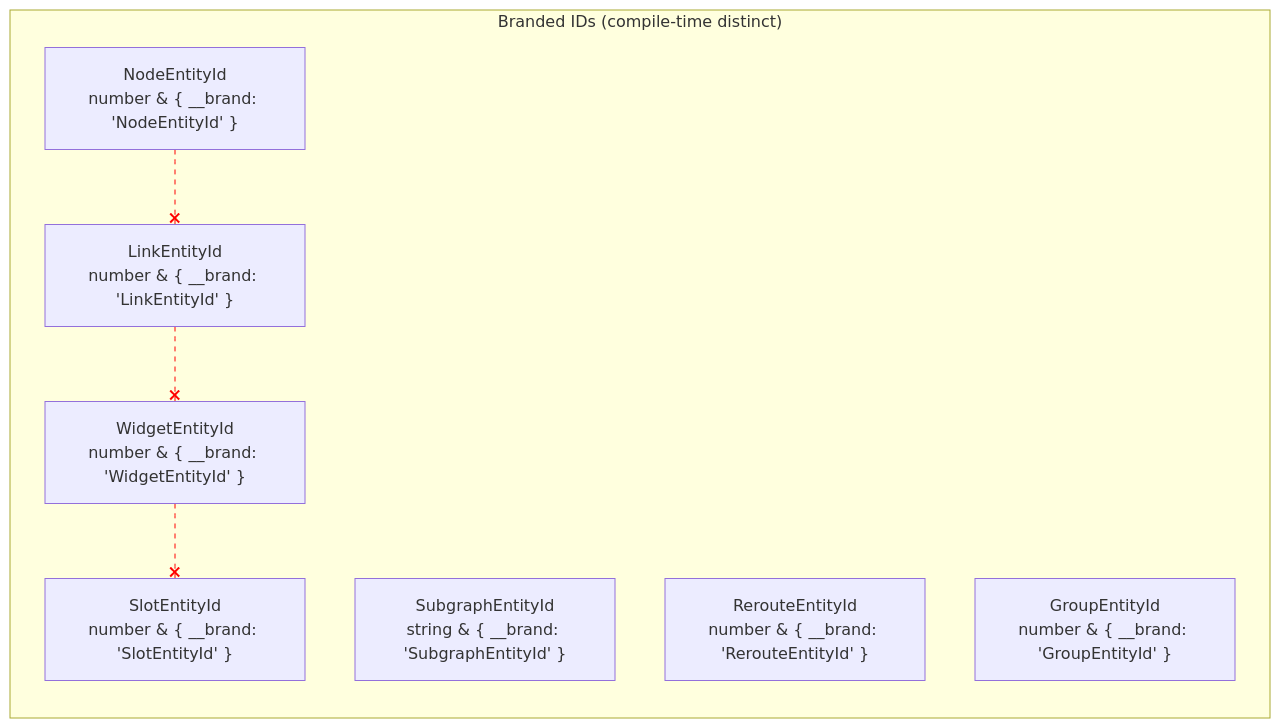
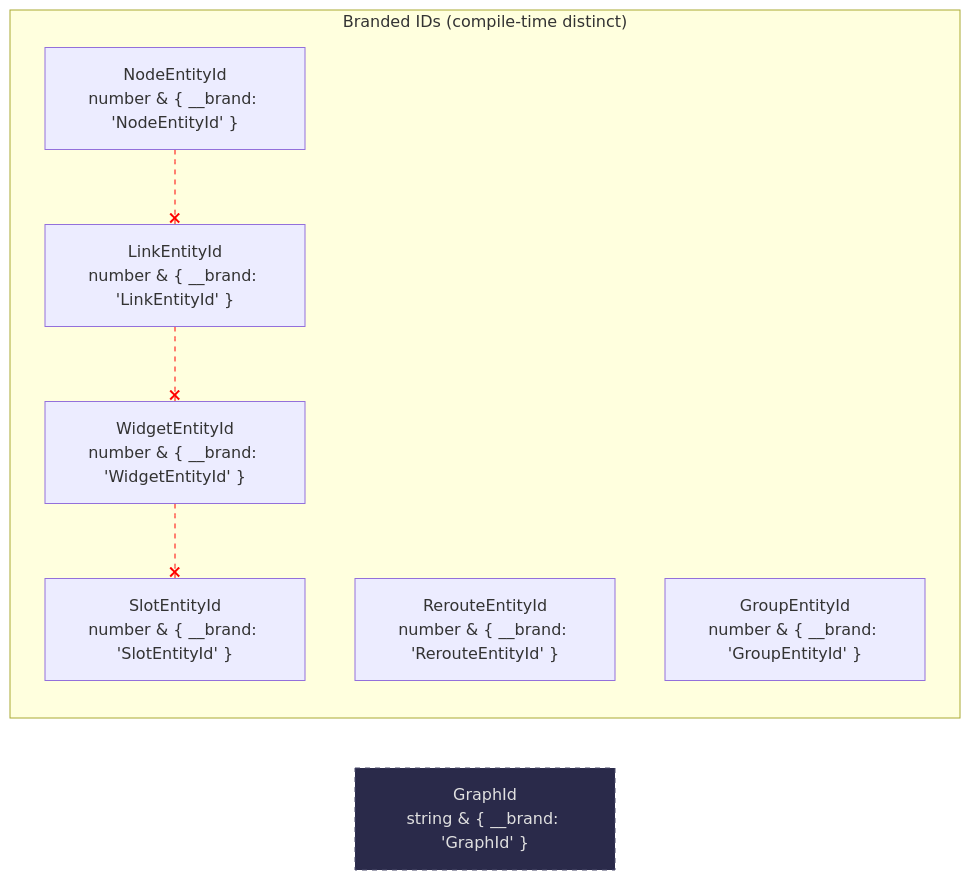
One commit to Comfy-Org/ComfyUI_frontend changed the second of 12 diagrams in docs/architecture/ecs-target-architecture.md. Above: the diagram before and after it, drawn with Mermaid. The commit also changed other lines of this file and 6 other files, not shown here.

First line of the commit message:
docs: add subgraph boundaries doc, unify graph model across ECS architecture

````diff
--- a/docs/architecture/ecs-target-architecture.md
+++ b/docs/architecture/ecs-target-architecture.md
@@ -52,27 +52,30 @@
 ```mermaid
 graph LR
     subgraph "Branded IDs (compile-time distinct)"
         NID["NodeEntityId
 number & { __brand: 'NodeEntityId' }"]
         LID["LinkEntityId
 number & { __brand: 'LinkEntityId' }"]
-        SID["SubgraphEntityId
-string & { __brand: 'SubgraphEntityId' }"]
         WID["WidgetEntityId
 number & { __brand: 'WidgetEntityId' }"]
         SLID["SlotEntityId
 number & { __brand: 'SlotEntityId' }"]
         RID["RerouteEntityId
 number & { __brand: 'RerouteEntityId' }"]
         GID["GroupEntityId
 number & { __brand: 'GroupEntityId' }"]
     end
 
+    GRID["GraphId
+string & { __brand: 'GraphId' }"]:::scopeId
+
     NID -.-x LID
     LID -.-x WID
     WID -.-x SLID
+
+    classDef scopeId fill:#2a2a4a,stroke:#4a4a6a,color:#e0e0e0,stroke-dasharray:5
 
     linkStyle 0 stroke:red,stroke-dasharray:5
     linkStyle 1 stroke:red,stroke-dasharray:5
     linkStyle 2 stroke:red,stroke-dasharray:5
 ```
````
